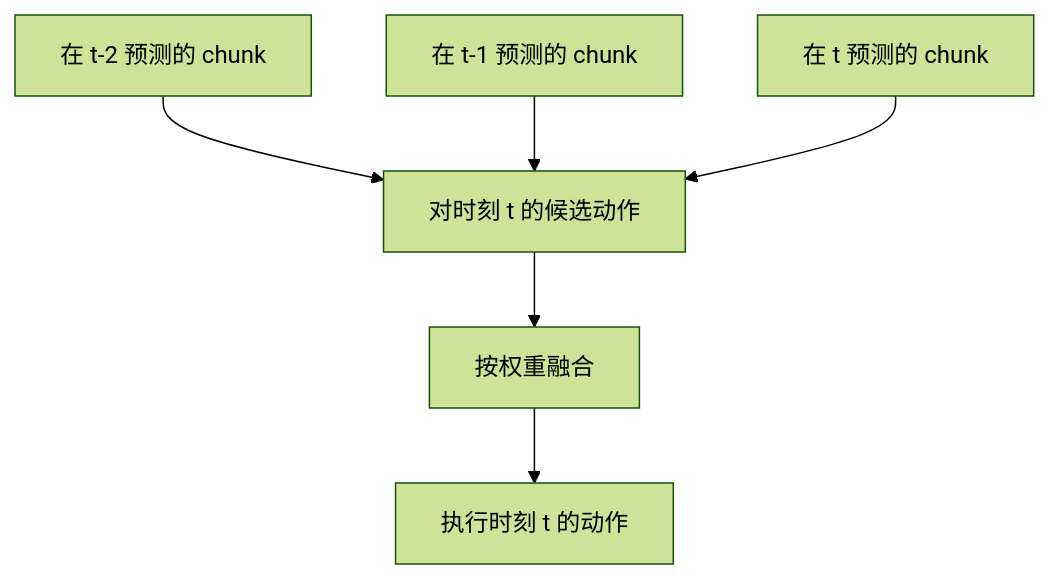
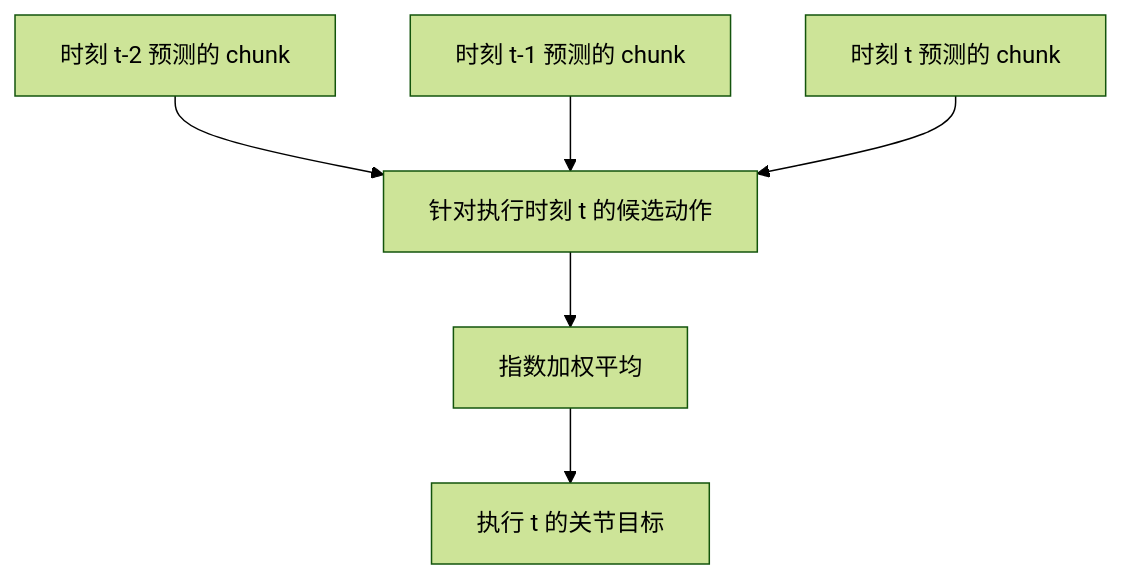
Before and after one commit to YangLee019/VLA-Learning: the second of 3 diagrams in 00-foundations/notes/01-ACT.md, drawn with Mermaid (forest theme). The commit also changed other lines of this file and 5 other files, not shown here.

````diff
--- a/00-foundations/notes/01-ACT.md
+++ b/00-foundations/notes/01-ACT.md
@@ -38,8 +44,8 @@
 ```mermaid
 flowchart TB
-    C1[在 t-2 预测的 chunk] --> AT[对时刻 t 的候选动作]
-    C2[在 t-1 预测的 chunk] --> AT
-    C3[在 t 预测的 chunk] --> AT
-    AT --> W[按权重融合]
-    W --> OUT[执行时刻 t 的动作]
+    P1[时刻 t-2 预测的 chunk] --> A[针对执行时刻 t 的候选动作]
+    P2[时刻 t-1 预测的 chunk] --> A
+    P3[时刻 t 预测的 chunk] --> A
+    A --> W[指数加权平均]
+    W --> X[执行 t 的关节目标]
 ```
````
